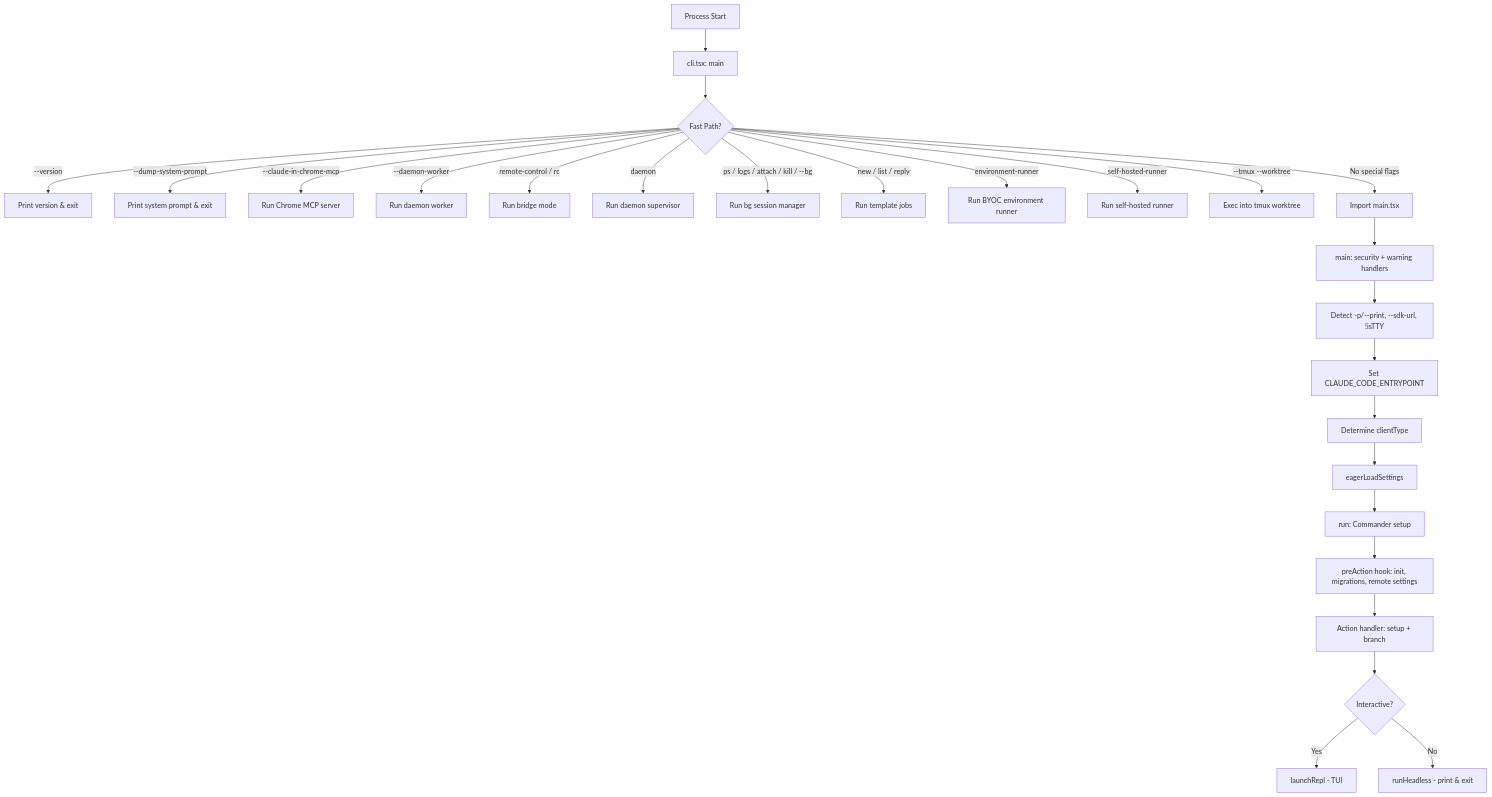
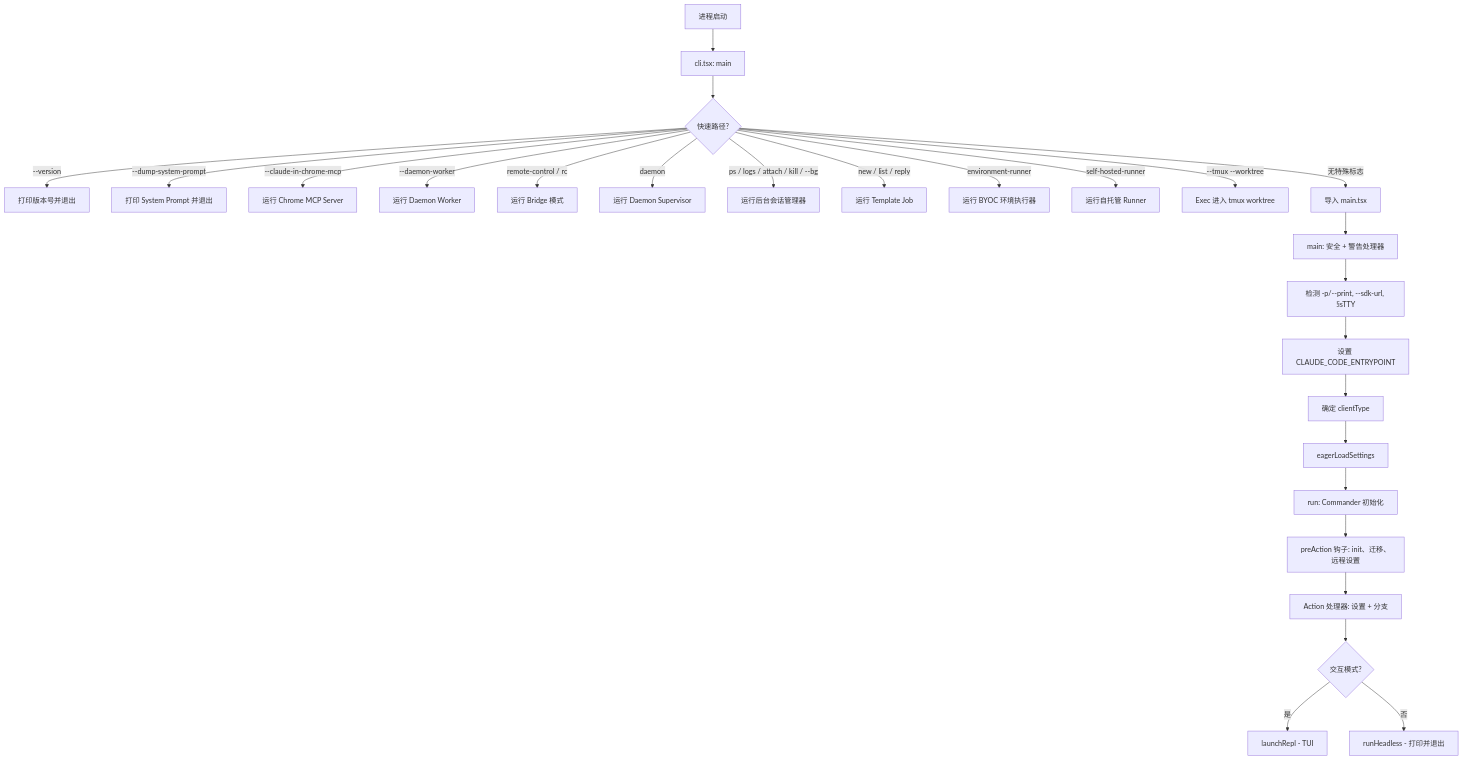
Before and after one commit to wisdom-pan/claude-code-learning: the first of 2 diagrams in docs/01-entry-layer.md, drawn with Mermaid. The commit also changed other lines of this file and 4 other files, not shown here.

````diff
--- a/docs/01-entry-layer.md
+++ b/docs/01-entry-layer.md
@@ -47,28 +47,28 @@
 ```mermaid
 graph TD
-    A[Process Start] --> B[cli.tsx: main]
-    B --> C{Fast Path?}
-    C -->|--version| D[Print version & exit]
-    C -->|--dump-system-prompt| E[Print system prompt & exit]
-    C -->|--claude-in-chrome-mcp| F[Run Chrome MCP server]
-    C -->|--daemon-worker| G[Run daemon worker]
-    C -->|remote-control / rc| H[Run bridge mode]
-    C -->|daemon| I[Run daemon supervisor]
-    C -->|ps / logs / attach / kill / --bg| J[Run bg session manager]
-    C -->|new / list / reply| K[Run template jobs]
-    C -->|environment-runner| L[Run BYOC environment runner]
-    C -->|self-hosted-runner| M[Run self-hosted runner]
-    C -->|--tmux --worktree| N[Exec into tmux worktree]
-    C -->|No special flags| O[Import main.tsx]
-    O --> P[main: security + warning handlers]
-    P --> Q[Detect -p/--print, --sdk-url, !isTTY]
-    Q --> R[Set CLAUDE_CODE_ENTRYPOINT]
-    R --> S[Determine clientType]
+    A[进程启动] --> B[cli.tsx: main]
+    B --> C{快速路径?}
+    C -->|--version| D[打印版本号并退出]
+    C -->|--dump-system-prompt| E[打印 System Prompt 并退出]
+    C -->|--claude-in-chrome-mcp| F[运行 Chrome MCP Server]
+    C -->|--daemon-worker| G[运行 Daemon Worker]
+    C -->|remote-control / rc| H[运行 Bridge 模式]
+    C -->|daemon| I[运行 Daemon Supervisor]
+    C -->|ps / logs / attach / kill / --bg| J[运行后台会话管理器]
+    C -->|new / list / reply| K[运行 Template Job]
+    C -->|environment-runner| L[运行 BYOC 环境执行器]
+    C -->|self-hosted-runner| M[运行自托管 Runner]
+    C -->|--tmux --worktree| N[Exec 进入 tmux worktree]
+    C -->|无特殊标志| O[导入 main.tsx]
+    O --> P[main: 安全 + 警告处理器]
+    P --> Q[检测 -p/--print, --sdk-url, !isTTY]
+    Q --> R[设置 CLAUDE_CODE_ENTRYPOINT]
+    R --> S[确定 clientType]
     S --> T[eagerLoadSettings]
-    T --> U[run: Commander setup]
-    U --> V[preAction hook: init, migrations, remote settings]
-    V --> W[Action handler: setup + branch]
-    W --> X{Interactive?}
-    X -->|Yes| Y[launchRepl - TUI]
-    X -->|No| Z[runHeadless - print & exit]
+    T --> U[run: Commander 初始化]
+    U --> V[preAction 钩子: init、迁移、远程设置]
+    V --> W[Action 处理器: 设置 + 分支]
+    W --> X{交互模式?}
+    X -->|是| Y[launchRepl - TUI]
+    X -->|否| Z[runHeadless - 打印并退出]
 ```
````
